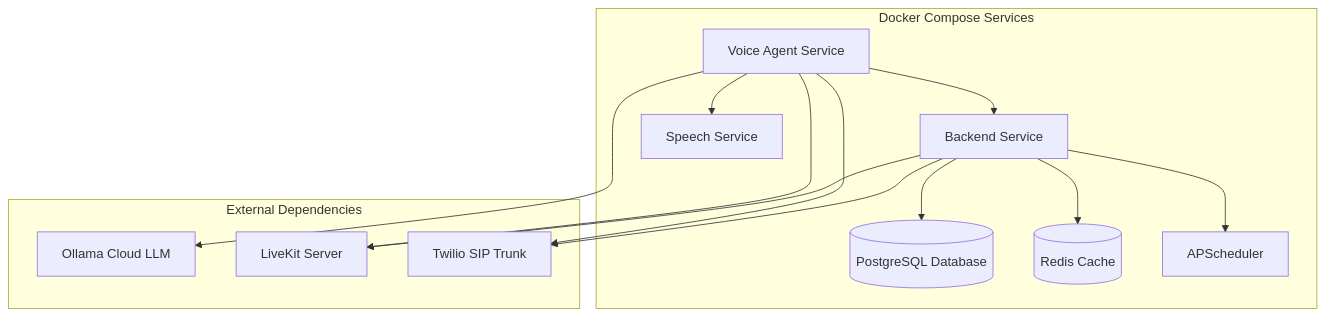
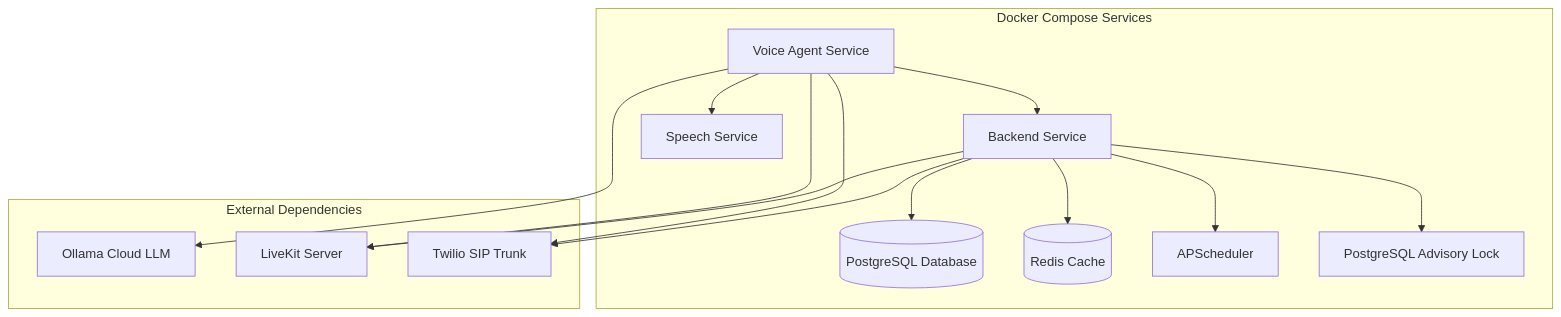
Before and after one commit to Revanththetalogics/aireume: diagram 20 of 20 in .qoder/repowiki/en/content/Advanced Topics/Voice Agent Conversation System.md, drawn with Mermaid. The commit also changed other lines of this file and 118 other files, not shown here.

````diff
--- a/.qoder/repowiki/en/content/Advanced Topics/Voice Agent Conversation System.md
+++ b/.qoder/repowiki/en/content/Advanced Topics/Voice Agent Conversation System.md
@@ -640,26 +911,28 @@
 ```mermaid
 graph TB
 subgraph "Docker Compose Services"
 BACKEND[Backend Service]
 VOICE_AGENT[Voice Agent Service]
 SPEECH_SERVICE[Speech Service]
 DATABASE[(PostgreSQL Database)]
 REDIS[(Redis Cache)]
 SCHEDULER[APScheduler]
+LOCK[PostgreSQL Advisory Lock]
 end
 subgraph "External Dependencies"
 LLM[Ollama Cloud LLM]
 LIVESERVER[LiveKit Server]
 TWILIO[Twilio SIP Trunk]
 end
 BACKEND --> DATABASE
 BACKEND --> REDIS
 BACKEND --> SCHEDULER
+BACKEND --> LOCK
 VOICE_AGENT --> BACKEND
 VOICE_AGENT --> SPEECH_SERVICE
 VOICE_AGENT --> LLM
 VOICE_AGENT --> LIVESERVER
 VOICE_AGENT --> TWILIO
 BACKEND --> LIVESERVER
 BACKEND --> TWILIO
 ```
````
